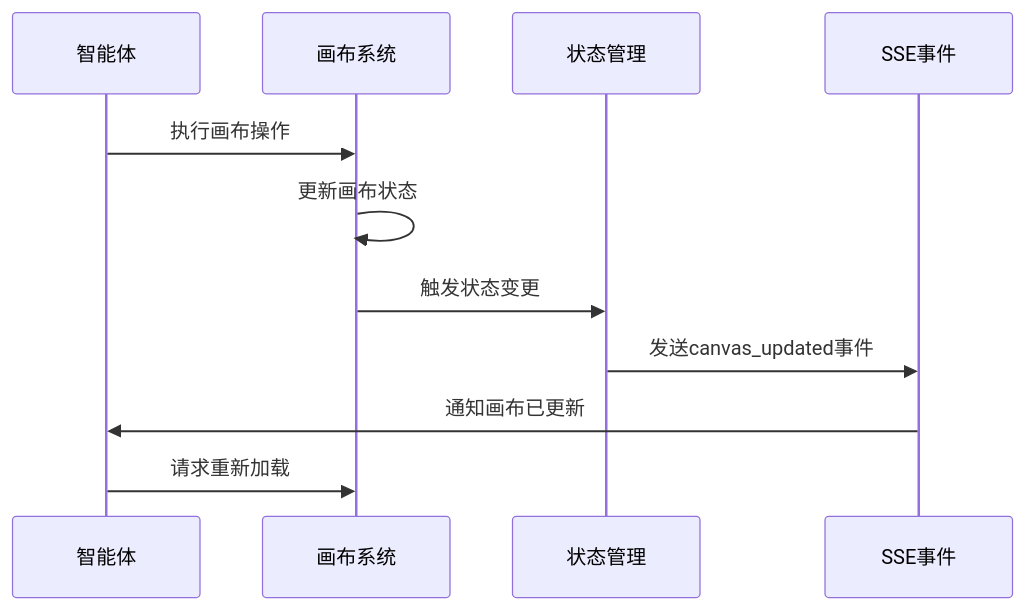
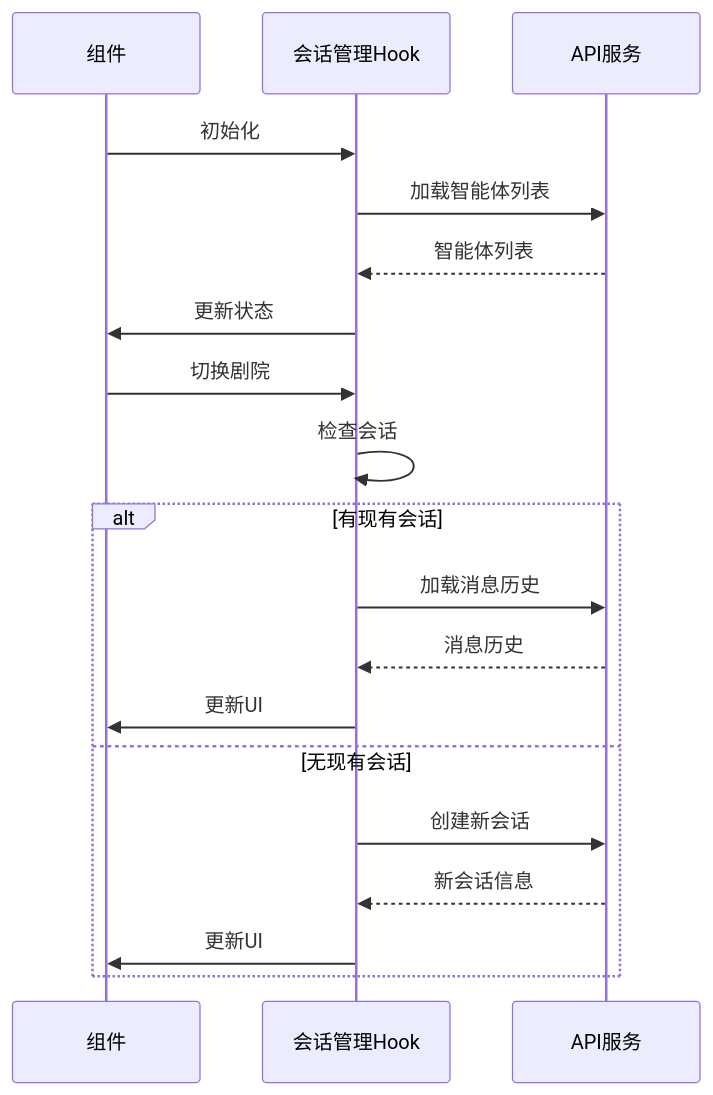
Before and after one commit to KunLabAI/KunFlix: the ninth of 16 diagrams in .qoder/repowiki/zh/content/前端开发指南/AI助手面板增强.md, drawn with Mermaid. The commit also changed other lines of this file and 12 other files, not shown here.

````diff
--- a/.qoder/repowiki/zh/content/前端开发指南/AI助手面板增强.md
+++ b/.qoder/repowiki/zh/content/前端开发指南/AI助手面板增强.md
@@ -412,13 +429,21 @@
 ```mermaid
 sequenceDiagram
-participant Agent as 智能体
-participant Canvas as 画布系统
-participant Store as 状态管理
-participant SSE as SSE事件
-Agent->>Canvas : 执行画布操作
-Canvas->>Canvas : 更新画布状态
-Canvas->>Store : 触发状态变更
-Store->>SSE : 发送canvas_updated事件
-SSE->>Agent : 通知画布已更新
-Agent->>Canvas : 请求重新加载
+participant Component as 组件
+participant useSessionManager as 会话管理Hook
+participant API as API服务
+Component->>useSessionManager : 初始化
+useSessionManager->>API : 加载智能体列表
+API-->>useSessionManager : 智能体列表
+useSessionManager->>Component : 更新状态
+Component->>useSessionManager : 切换剧院
+useSessionManager->>useSessionManager : 检查会话
+alt 有现有会话
+useSessionManager->>API : 加载消息历史
+API-->>useSessionManager : 消息历史
+useSessionManager->>Component : 更新UI
+else 无现有会话
+useSessionManager->>API : 创建新会话
+API-->>useSessionManager : 新会话信息
+useSessionManager->>Component : 更新UI
+end
 ```
````
